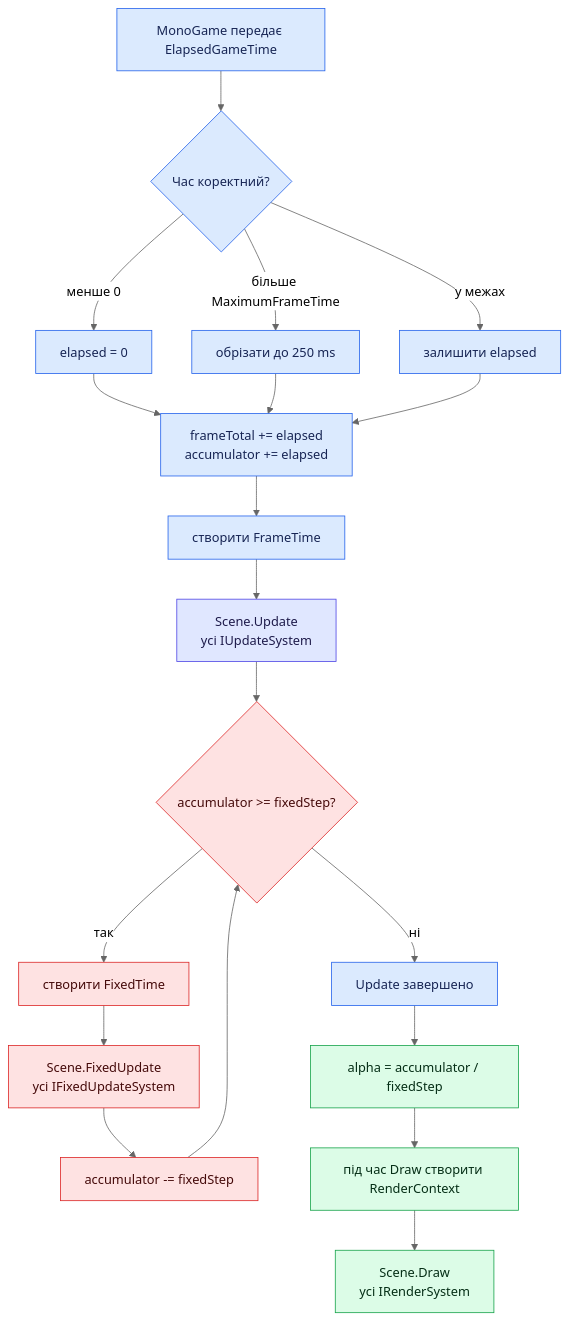
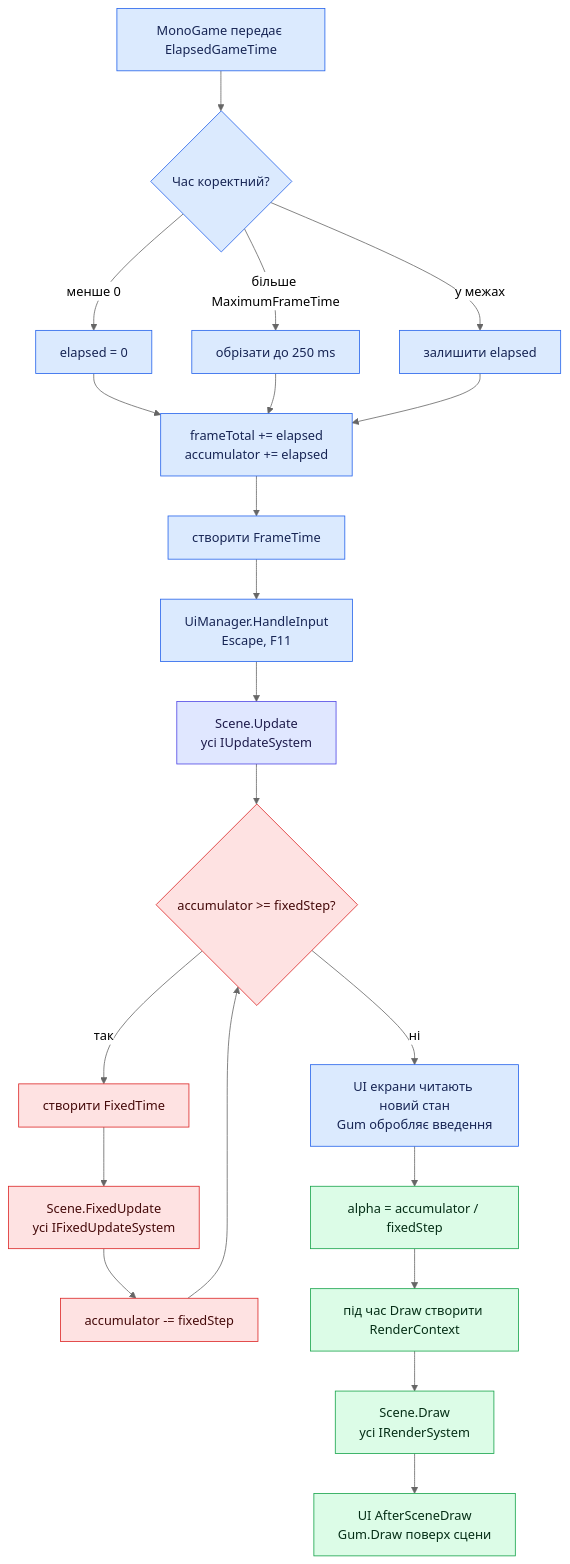
The second of 2 diagrams in docs/diagrams/02-game-loop.md (7wai7/MonoGame-project), drawn with Mermaid (neutral theme) before and after one commit. The commit also changed other lines of this file and 18 other files, not shown here.

Commit message:
refactor(ui): move screen logic out of ECS and refactoring UI architecture

```diff
--- a/docs/diagrams/02-game-loop.md
+++ b/docs/diagrams/02-game-loop.md
@@ -50,30 +56,32 @@
 ~~~mermaid
 flowchart TD
     A["MonoGame передає ElapsedGameTime"] --> B{"Час коректний?"}
     B -->|"менше 0"| C["elapsed = 0"]
     B -->|"більше MaximumFrameTime"| D["обрізати до 250 ms"]
     B -->|"у межах"| E["залишити elapsed"]
     C --> F["frameTotal += elapsed<br/>accumulator += elapsed"]
     D --> F
     E --> F
     F --> G["створити FrameTime"]
-    G --> H["Scene.Update<br/>усі IUpdateSystem"]
+    G --> U["UiManager.HandleInput<br/>Escape, F11"]
+    U --> H["Scene.Update<br/>усі IUpdateSystem"]
     H --> I{"accumulator >= fixedStep?"}
     I -->|"так"| J["створити FixedTime"]
     J --> K["Scene.FixedUpdate<br/>усі IFixedUpdateSystem"]
     K --> L["accumulator -= fixedStep"]
     L --> I
-    I -->|"ні"| M["Update завершено"]
+    I -->|"ні"| M["UI екрани читають новий стан<br/>Gum обробляє введення"]
     M --> N["alpha = accumulator / fixedStep"]
     N --> O["під час Draw створити RenderContext"]
     O --> P["Scene.Draw<br/>усі IRenderSystem"]
+    P --> Q["UI AfterSceneDraw<br/>Gum.Draw поверх сцени"]
 
     classDef engine fill:#dbeafe,stroke:#2563eb,color:#172554
     classDef update fill:#e0e7ff,stroke:#4f46e5,color:#1e1b4b
     classDef physics fill:#fee2e2,stroke:#dc2626,color:#450a0a
     classDef render fill:#dcfce7,stroke:#16a34a,color:#052e16
-    class A,B,C,D,E,F,G,M engine
+    class A,B,C,D,E,F,G,M,U engine
     class H update
     class I,J,K,L physics
-    class N,O,P render
+    class N,O,P,Q render
 ~~~
```
